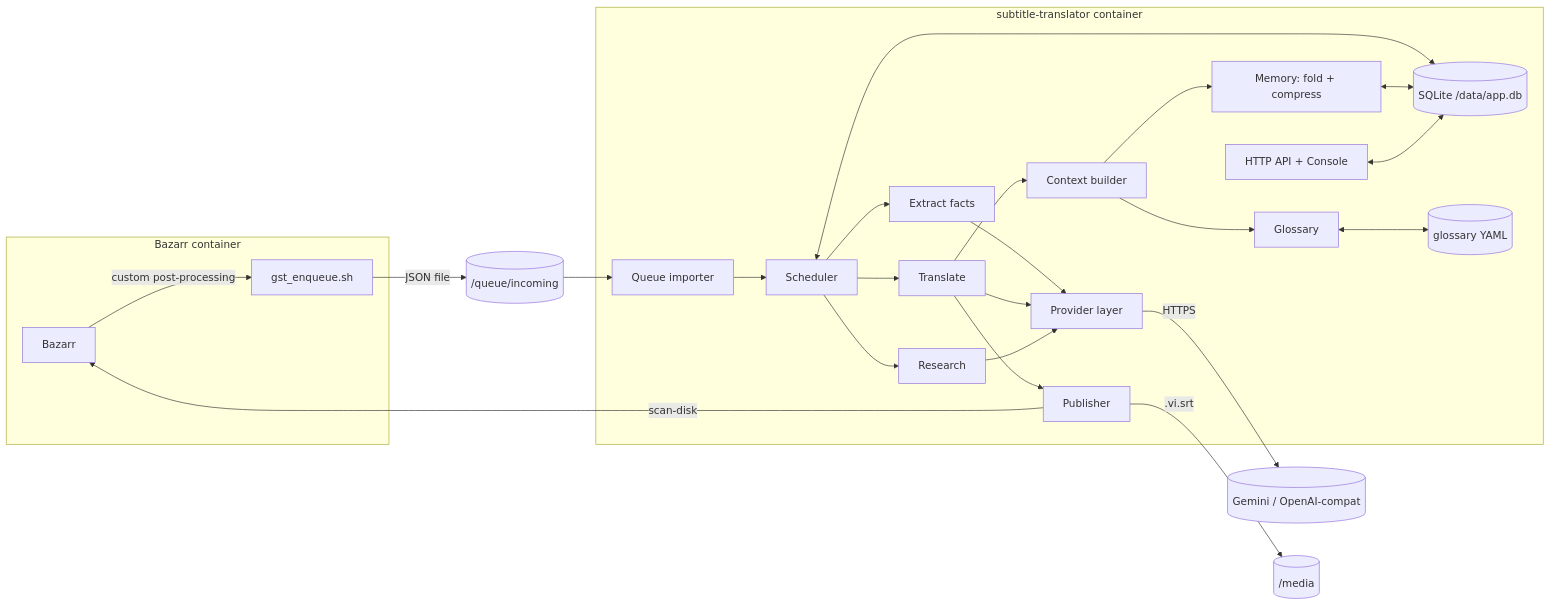
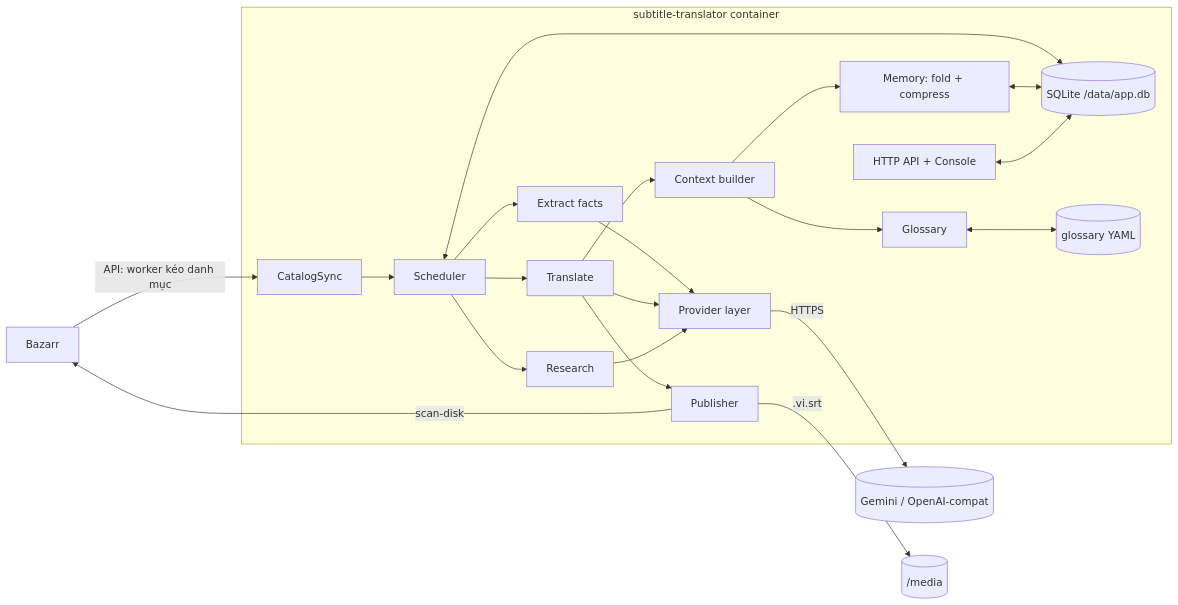
Before and after one commit to tamvcspk/llm-subtitle-translator: the first of 4 diagrams in docs/design/ARCHITECTURE.md, drawn with Mermaid. The commit also changed other lines of this file and 12 other files, not shown here.

````diff
--- a/docs/design/ARCHITECTURE.md
+++ b/docs/design/ARCHITECTURE.md
@@ -407,31 +406,28 @@
 ```mermaid
 flowchart LR
-  subgraph BazarrC[Bazarr container]
-    B[Bazarr] -->|custom post-processing| E[gst_enqueue.sh]
-  end
-  E -->|JSON file| Q[(/queue/incoming)]
+  B[Bazarr]
 
   subgraph W[subtitle-translator container]
-    I[Queue importer] --> S[Scheduler]
+    CS[CatalogSync] --> S[Scheduler]
     S --> X[Extract facts]
     S --> T[Translate]
     S --> R[Research]
     X & T & R --> P[Provider layer]
     T --> CB[Context builder]
     CB --> M[Memory: fold + compress]
     CB --> G[Glossary]
     T --> O[Publisher]
     DB[(SQLite /data/app.db)]
     GY[(glossary YAML)]
     H[HTTP API + Console]
   end
 
-  Q --> I
+  B -->|API: worker kéo danh mục| CS
   P -->|HTTPS| LLM[(Gemini / OpenAI-compat)]
   O -->|.vi.srt| MEDIA[(/media)]
   O -->|scan-disk| B
   S <--> DB
   M <--> DB
   G <--> GY
   H <--> DB
 ```
````
